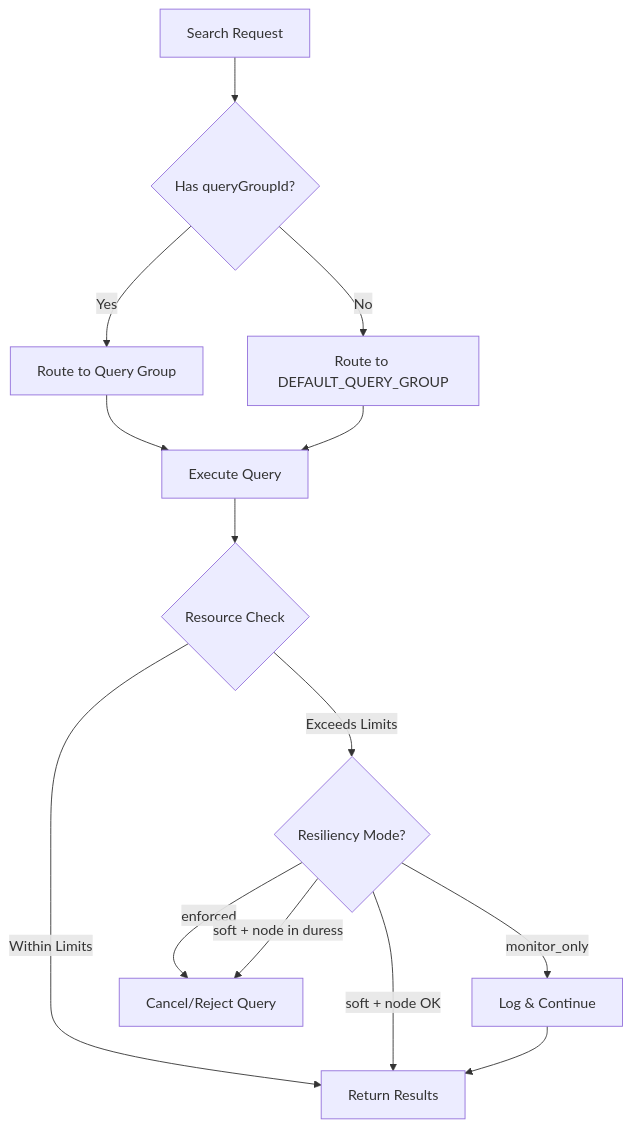
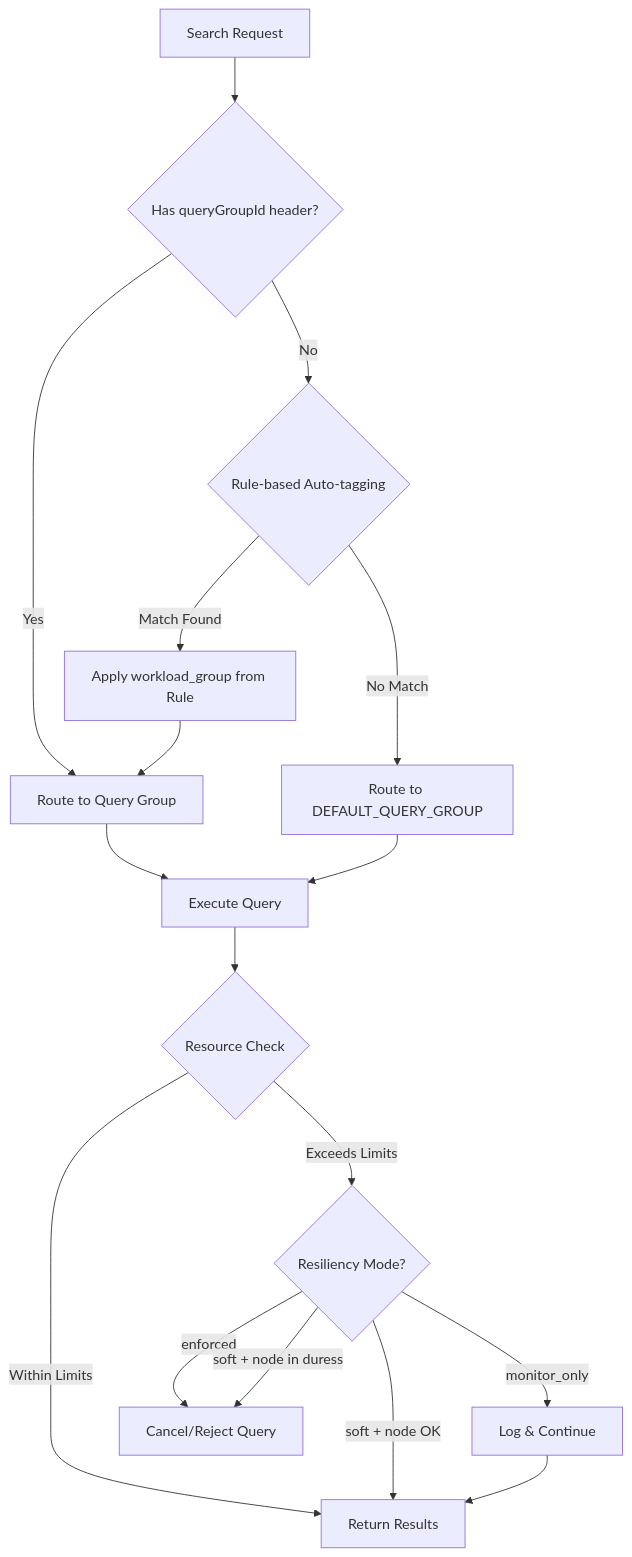
Before and after one commit to tkykenmt/opensearch-feature-explorer: the second of 2 diagrams in docs/features/opensearch/workload-management.md, drawn with Mermaid. The commit also changed other lines of this file and 2 other files, not shown here.

Commit message:
docs: add rule-based auto-tagging report for v3.1.0 (#960)

````diff
--- a/docs/features/opensearch/workload-management.md
+++ b/docs/features/opensearch/workload-management.md
@@ -53,16 +61,19 @@
 ```mermaid
 flowchart TB
-    A[Search Request] --> B{Has queryGroupId?}
+    A[Search Request] --> B{Has queryGroupId header?}
     B -->|Yes| C[Route to Query Group]
-    B -->|No| D[Route to DEFAULT_QUERY_GROUP]
-    C --> E[Execute Query]
-    D --> E
-    E --> F{Resource Check}
-    F -->|Within Limits| G[Return Results]
-    F -->|Exceeds Limits| H{Resiliency Mode?}
-    H -->|enforced| I[Cancel/Reject Query]
-    H -->|soft + node in duress| I
-    H -->|soft + node OK| G
-    H -->|monitor_only| J[Log & Continue]
-    J --> G
+    B -->|No| D{Rule-based Auto-tagging}
+    D -->|Match Found| E[Apply workload_group from Rule]
+    D -->|No Match| F[Route to DEFAULT_QUERY_GROUP]
+    E --> C
+    C --> G[Execute Query]
+    F --> G
+    G --> H{Resource Check}
+    H -->|Within Limits| I[Return Results]
+    H -->|Exceeds Limits| J{Resiliency Mode?}
+    J -->|enforced| K[Cancel/Reject Query]
+    J -->|soft + node in duress| K
+    J -->|soft + node OK| I
+    J -->|monitor_only| L[Log & Continue]
+    L --> I
 ```
````
